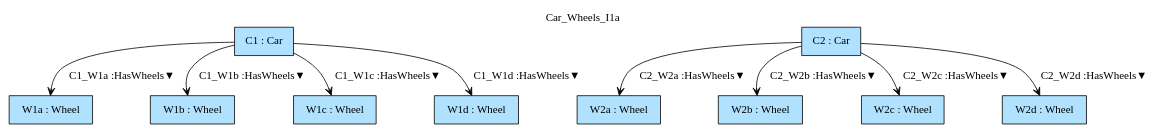
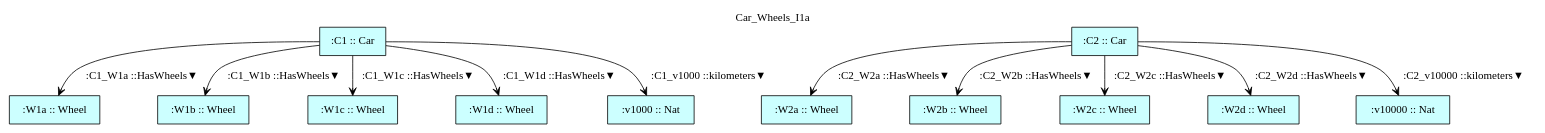
Before and after one commit to namalio/Fragmenta: the diagram in Haskell/FragmentaTests/VehicleParts/img/Car_Wheels_I1a.gv, drawn with Graphviz. The commit also changed 161 other files, not shown here.

```diff
--- a/Haskell/FragmentaTests/VehicleParts/img/Car_Wheels_I1a.gv
+++ b/Haskell/FragmentaTests/VehicleParts/img/Car_Wheels_I1a.gv
@@ -1,21 +1,25 @@
 digraph {graph[label=Car_Wheels_I1a,labelloc=tl,labelfontsize=12];
-"C1"[shape=box,fillcolor=lightskyblue1,style = filled,label="C1 : Car"];
-"C2"[shape=box,fillcolor=lightskyblue1,style = filled,label="C2 : Car"];
-"W1a"[shape=box,fillcolor=lightskyblue1,style = filled,label="W1a : Wheel"];
-"W1b"[shape=box,fillcolor=lightskyblue1,style = filled,label="W1b : Wheel"];
-"W1c"[shape=box,fillcolor=lightskyblue1,style = filled,label="W1c : Wheel"];
-"W1d"[shape=box,fillcolor=lightskyblue1,style = filled,label="W1d : Wheel"];
-"W2a"[shape=box,fillcolor=lightskyblue1,style = filled,label="W2a : Wheel"];
-"W2b"[shape=box,fillcolor=lightskyblue1,style = filled,label="W2b : Wheel"];
-"W2c"[shape=box,fillcolor=lightskyblue1,style = filled,label="W2c : Wheel"];
-"W2d"[shape=box,fillcolor=lightskyblue1,style = filled,label="W2d : Wheel"];
+"C1"[shape=box,fillcolor="#CCFFFF",style = filled,label=":C1 :: Car"];
+"C2"[shape=box,fillcolor="#CCFFFF",style = filled,label=":C2 :: Car"];
+"W1a"[shape=box,fillcolor="#CCFFFF",style = filled,label=":W1a :: Wheel"];
+"W1b"[shape=box,fillcolor="#CCFFFF",style = filled,label=":W1b :: Wheel"];
+"W1c"[shape=box,fillcolor="#CCFFFF",style = filled,label=":W1c :: Wheel"];
+"W1d"[shape=box,fillcolor="#CCFFFF",style = filled,label=":W1d :: Wheel"];
+"W2a"[shape=box,fillcolor="#CCFFFF",style = filled,label=":W2a :: Wheel"];
+"W2b"[shape=box,fillcolor="#CCFFFF",style = filled,label=":W2b :: Wheel"];
+"W2c"[shape=box,fillcolor="#CCFFFF",style = filled,label=":W2c :: Wheel"];
+"W2d"[shape=box,fillcolor="#CCFFFF",style = filled,label=":W2d :: Wheel"];
+"v1000"[shape=box,fillcolor="#CCFFFF",style = filled,label=":v1000 :: Nat"];
+"v10000"[shape=box,fillcolor="#CCFFFF",style = filled,label=":v10000 :: Nat"];
 
-"C1"->"W1a"[label="C1_W1a :HasWheels▼",arrowhead=vee];
-"C1"->"W1b"[label="C1_W1b :HasWheels▼",arrowhead=vee];
-"C1"->"W1c"[label="C1_W1c :HasWheels▼",arrowhead=vee];
-"C1"->"W1d"[label="C1_W1d :HasWheels▼",arrowhead=vee];
-"C2"->"W2a"[label="C2_W2a :HasWheels▼",arrowhead=vee];
-"C2"->"W2b"[label="C2_W2b :HasWheels▼",arrowhead=vee];
-"C2"->"W2c"[label="C2_W2c :HasWheels▼",arrowhead=vee];
-"C2"->"W2d"[label="C2_W2d :HasWheels▼",arrowhead=vee];
+"C1"->"W1a"[label=":C1_W1a ::HasWheels▼",arrowhead=vee];
+"C1"->"W1b"[label=":C1_W1b ::HasWheels▼",arrowhead=vee];
+"C1"->"W1c"[label=":C1_W1c ::HasWheels▼",arrowhead=vee];
+"C1"->"W1d"[label=":C1_W1d ::HasWheels▼",arrowhead=vee];
+"C2"->"W2a"[label=":C2_W2a ::HasWheels▼",arrowhead=vee];
+"C2"->"W2b"[label=":C2_W2b ::HasWheels▼",arrowhead=vee];
+"C2"->"W2c"[label=":C2_W2c ::HasWheels▼",arrowhead=vee];
+"C2"->"W2d"[label=":C2_W2d ::HasWheels▼",arrowhead=vee];
+"C1"->"v1000"[label=":C1_v1000 ::kilometers▼",arrowhead=vee];
+"C2"->"v10000"[label=":C2_v10000 ::kilometers▼",arrowhead=vee];
 }
```
